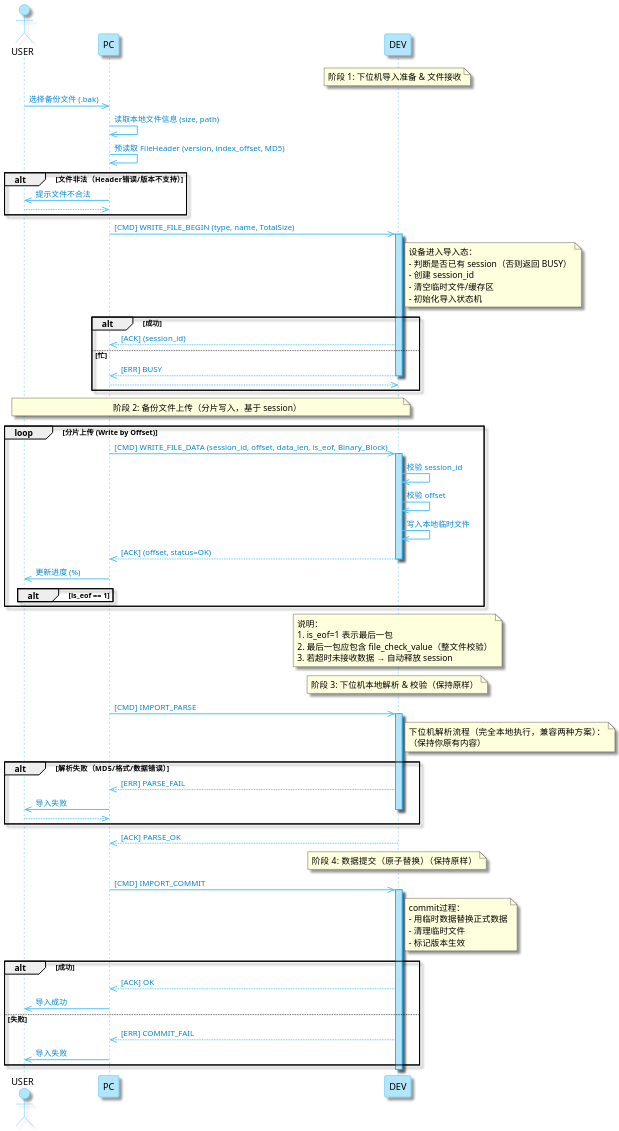
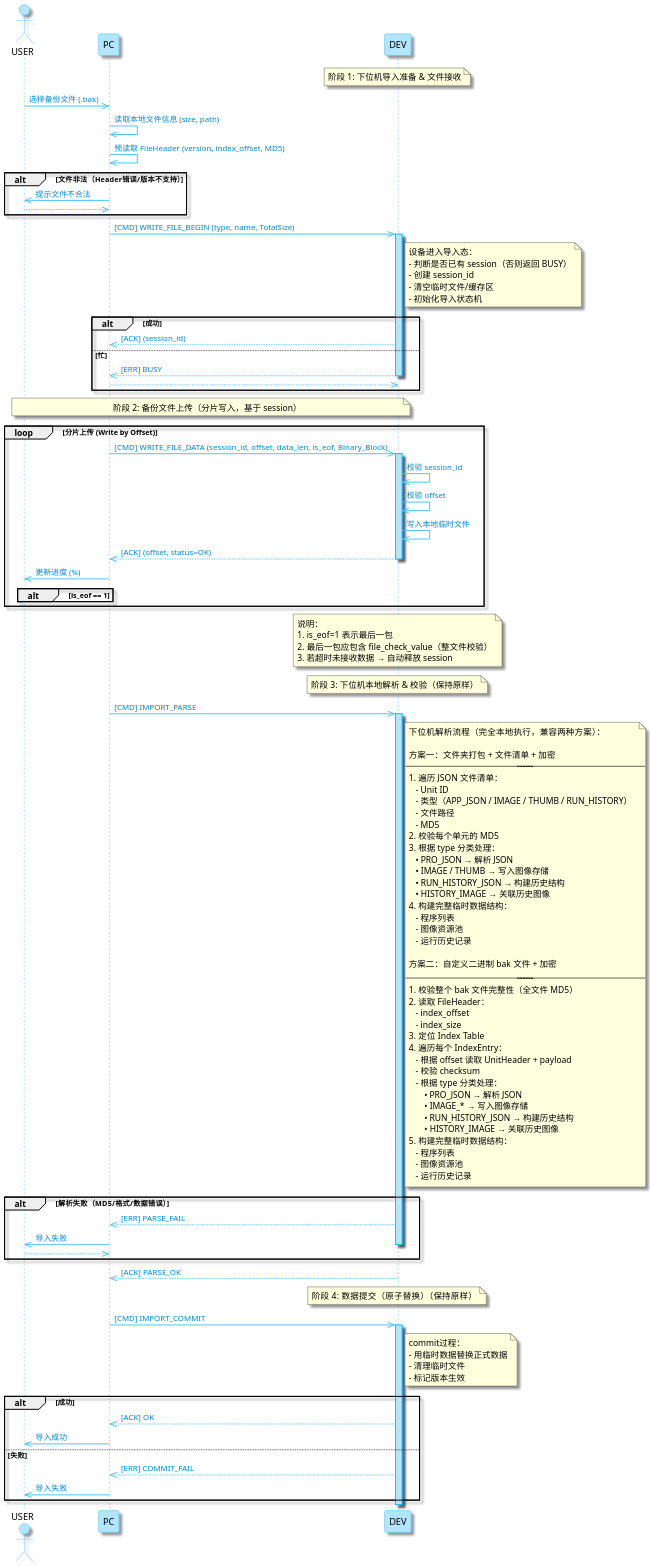
The third of 12 diagrams in work.xinsuan.dev.nv5.时序图状态图导出2.md (GarfiledXu/dendron), drawn with PlantUML before and after one commit. The commit also changed other lines of this file, not shown here.

```diff
--- a/work.xinsuan.dev.nv5.时序图状态图导出2.md
+++ b/work.xinsuan.dev.nv5.时序图状态图导出2.md
@@ -643,7 +787,44 @@
 
 note right of d
     下位机解析流程（完全本地执行，兼容两种方案）：
-    （保持你原有内容）
+
+    方案一：文件夹打包 + 文件清单 + 加密
+    ----------------------------------
+    1. 遍历 JSON 文件清单：
+       - Unit ID
+       - 类型（APP_JSON / IMAGE / THUMB / RUN_HISTORY）
+       - 文件路径
+       - MD5
+    2. 校验每个单元的 MD5
+    3. 根据 type 分类处理：
+       • PRO_JSON → 解析 JSON
+       • IMAGE / THUMB → 写入图像存储
+       • RUN_HISTORY_JSON → 构建历史结构
+       • HISTORY_IMAGE → 关联历史图像
+    4. 构建完整临时数据结构：
+       - 程序列表
+       - 图像资源池
+       - 运行历史记录
+
+    方案二：自定义二进制 bak 文件 + 加密
+    ----------------------------------
+    1. 校验整个 bak 文件完整性（全文件 MD5）
+    2. 读取 FileHeader：
+       - index_offset
+       - index_size
+    3. 定位 Index Table
+    4. 遍历每个 IndexEntry：
+       - 根据 offset 读取 UnitHeader + payload
+       - 校验 checksum
+       - 根据 type 分类处理：
+           • PRO_JSON → 解析 JSON
+           • IMAGE_* → 写入图像存储
+           • RUN_HISTORY_JSON → 构建历史结构
+           • HISTORY_IMAGE → 关联历史图像
+    5. 构建完整临时数据结构：
+       - 程序列表
+       - 图像资源池
+       - 运行历史记录
 end note
 
 alt 解析失败（MD5/格式/数据错误）
```
